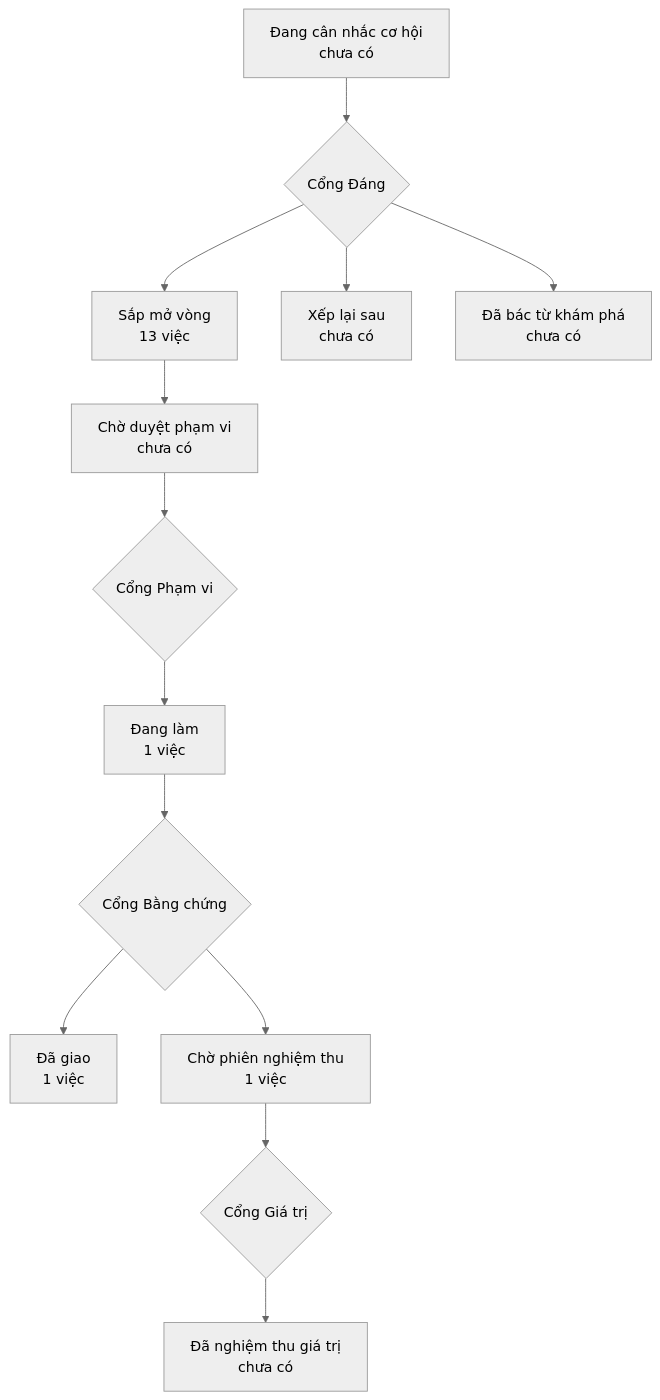
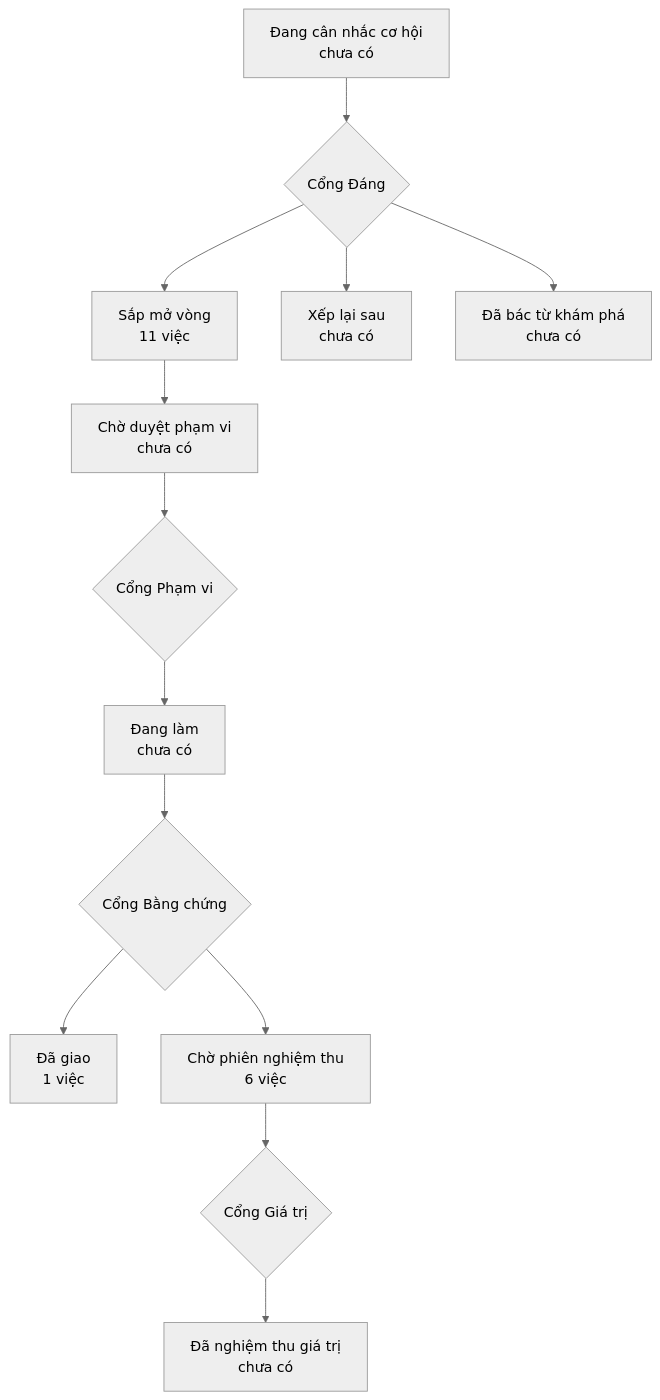
The diagram in PRODUCT-MAP.md (phanlemanh/onehub-inventory), drawn with Mermaid (neutral theme) before and after one commit. The commit also changed other lines of this file and 5 other files, not shown here.

````diff
--- a/PRODUCT-MAP.md
+++ b/PRODUCT-MAP.md
@@ -7,12 +7,12 @@
 ```mermaid
 flowchart TD
   A["Đang cân nhắc cơ hội<br/>chưa có"] --> GD{"Cổng Đáng"}
-  GD --> B["Sắp mở vòng<br/>13 việc"]
+  GD --> B["Sắp mở vòng<br/>11 việc"]
   GD --> XL["Xếp lại sau<br/>chưa có"]
   GD --> DB["Đã bác từ khám phá<br/>chưa có"]
   B --> CD["Chờ duyệt phạm vi<br/>chưa có"] --> GP{"Cổng Phạm vi"}
-  GP --> DL["Đang làm<br/>1 việc"] --> GB{"Cổng Bằng chứng"}
+  GP --> DL["Đang làm<br/>chưa có"] --> GB{"Cổng Bằng chứng"}
   GB --> DG["Đã giao<br/>1 việc"]
-  GB --> CN["Chờ phiên nghiệm thu<br/>1 việc"] --> GG{"Cổng Giá trị"}
+  GB --> CN["Chờ phiên nghiệm thu<br/>6 việc"] --> GG{"Cổng Giá trị"}
   GG --> NT["Đã nghiệm thu giá trị<br/>chưa có"]
 ```
````
